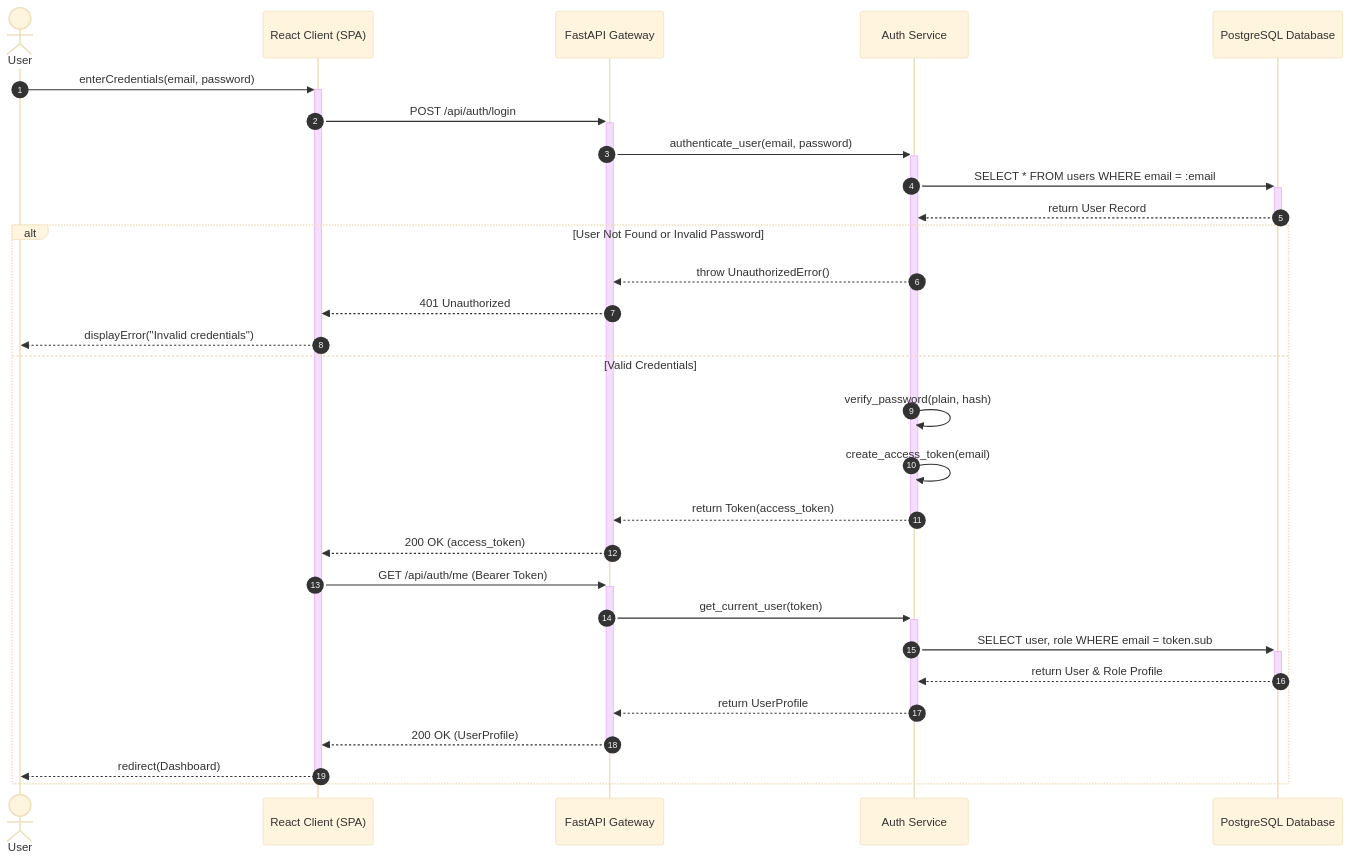
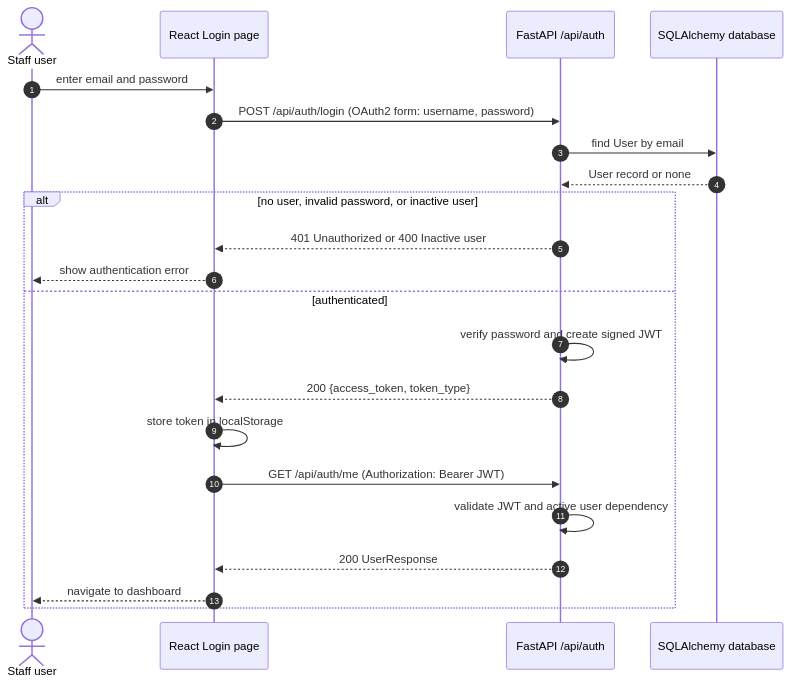
The diagram in docs/design-diagrams/05-sequence-login.mmd (hyperS777/BizAI), drawn with Mermaid before and after one commit. The commit also changed 35 other files, not shown here.

```diff
--- a/docs/design-diagrams/05-sequence-login.mmd
+++ b/docs/design-diagrams/05-sequence-login.mmd
@@ -1,33 +1,22 @@
-%%{init: {'theme': 'base', 'sequence': {'actorMargin': 150, 'messageMargin': 60}}}%%
 sequenceDiagram
     autonumber
-    actor U as User
-    participant FE as React Client (SPA)
-    participant API as FastAPI Gateway
-    participant AUTH as Auth Service
-    participant DB as PostgreSQL Database
-
-    U->>+FE: enterCredentials(email, password)
-    FE->>+API: POST /api/auth/login
-    API->>+AUTH: authenticate_user(email, password)
-    AUTH->>+DB: SELECT * FROM users WHERE email = :email
-    DB-->>-AUTH: return User Record
-    
-    alt User Not Found or Invalid Password
-        AUTH-->>API: throw UnauthorizedError()
-        API-->>FE: 401 Unauthorized
-        FE-->>U: displayError("Invalid credentials")
-    else Valid Credentials
-        AUTH->>AUTH: verify_password(plain, hash)
-        AUTH->>AUTH: create_access_token(email)
-        AUTH-->>-API: return Token(access_token)
-        API-->>-FE: 200 OK (access_token)
-        
-        FE->>+API: GET /api/auth/me (Bearer Token)
-        API->>+AUTH: get_current_user(token)
-        AUTH->>+DB: SELECT user, role WHERE email = token.sub
-        DB-->>-AUTH: return User & Role Profile
-        AUTH-->>-API: return UserProfile
-        API-->>-FE: 200 OK (UserProfile)
-        FE-->>-U: redirect(Dashboard)
+    actor U as Staff user
+    participant FE as React Login page
+    participant API as FastAPI /api/auth
+    participant DB as SQLAlchemy database
+    U->>FE: enter email and password
+    FE->>API: POST /api/auth/login (OAuth2 form: username, password)
+    API->>DB: find User by email
+    DB-->>API: User record or none
+    alt no user, invalid password, or inactive user
+        API-->>FE: 401 Unauthorized or 400 Inactive user
+        FE-->>U: show authentication error
+    else authenticated
+        API->>API: verify password and create signed JWT
+        API-->>FE: 200 {access_token, token_type}
+        FE->>FE: store token in localStorage
+        FE->>API: GET /api/auth/me (Authorization: Bearer JWT)
+        API->>API: validate JWT and active user dependency
+        API-->>FE: 200 UserResponse
+        FE-->>U: navigate to dashboard
     end
```
